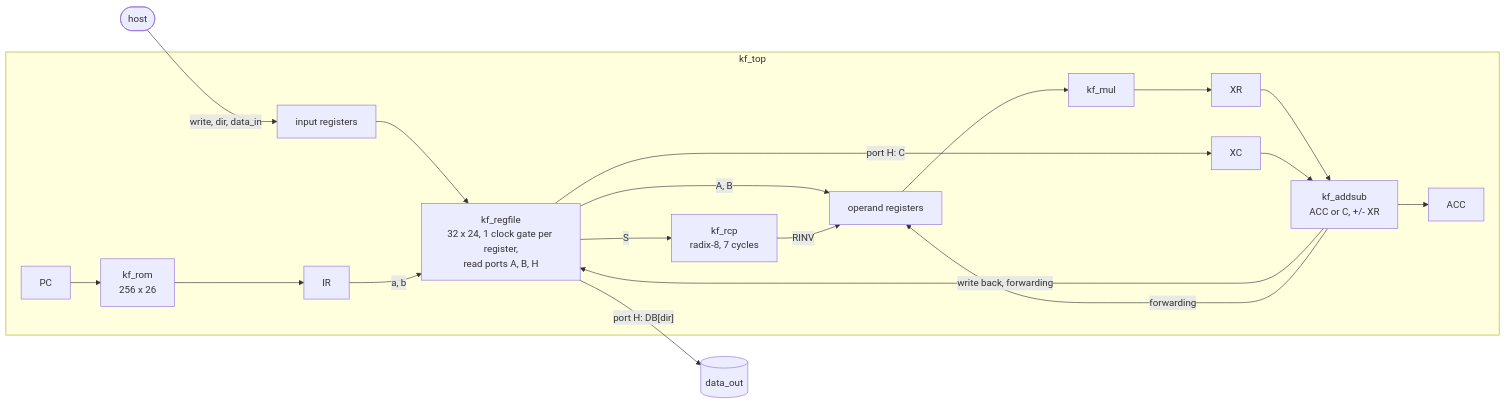
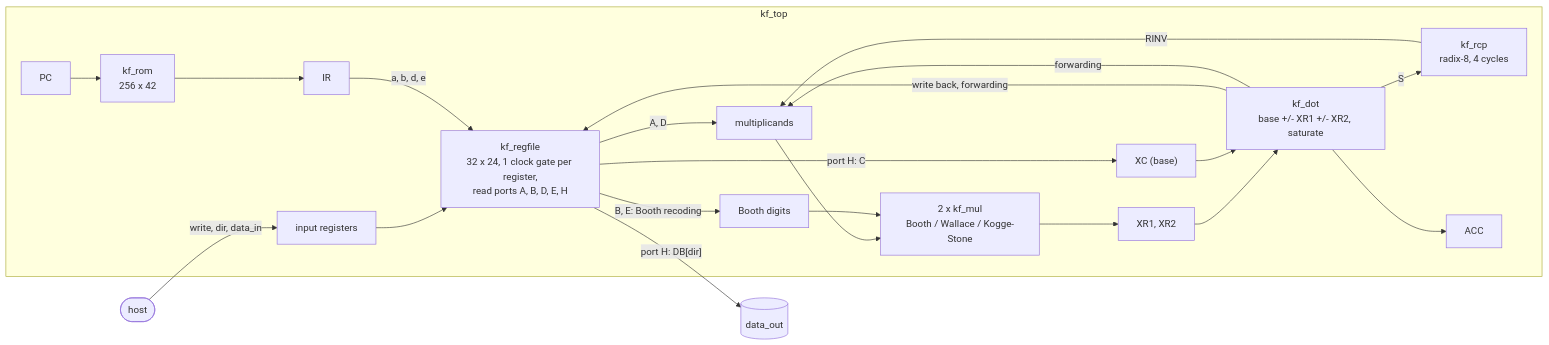
One commit to gh0stintheshe11/Kalman-Filter-ASIC changed the diagram in docs/architecture.md. Above: the diagram before and after it, drawn with Mermaid. The commit also changed other lines of this file and 7 other files, not shown here.

````diff
--- a/docs/architecture.md
+++ b/docs/architecture.md
@@ -16,18 +19,22 @@
 ```mermaid
 flowchart LR
     host([host]) -- "write, dir, data_in" --> HIF["input registers"]
     subgraph kf_top
         HIF --> RF
-        PC["PC"] --> ROM["kf_rom<br/>256 x 26"] --> IR["IR"]
-        IR -- "a, b" --> RF["kf_regfile<br/>32 x 24, 1 clock gate per register,<br/>read ports A, B, H"]
-        RF -- "A, B" --> MOP["operand registers"] --> MUL["kf_mul"] --> XR["XR"]
-        RCP["kf_rcp<br/>radix-8, 7 cycles"] -- "RINV" --> MOP
-        RF -- "port H: C" --> XC["XC"]
-        XR --> WB["kf_addsub<br/>ACC or C, +/- XR"] --> ACC["ACC"]
+        PC["PC"] --> ROM["kf_rom<br/>256 x 42"] --> IR["IR"]
+        IR -- "a, b, d, e" --> RF["kf_regfile<br/>32 x 24, 1 clock gate per register,<br/>read ports A, B, D, E, H"]
+        RF -- "A, D" --> MOPA["multiplicands"]
+        RF -- "B, E: Booth recoding" --> MOPB["Booth digits"]
+        RCP["kf_rcp<br/>radix-8, 4 cycles"] -- "RINV" --> MOPA
+        MOPA --> MUL["2 x kf_mul<br/>Booth / Wallace / Kogge-Stone"]
+        MOPB --> MUL
+        MUL --> XR["XR1, XR2"]
+        RF -- "port H: C" --> XC["XC (base)"]
+        XR --> WB["kf_dot<br/>base +/- XR1 +/- XR2, saturate"] --> ACC["ACC"]
         XC --> WB
         WB -- "write back, forwarding" --> RF
-        WB -- "forwarding" --> MOP
-        RF -- "S" --> RCP
+        WB -- "forwarding" --> MOPA
+        WB -- "S" --> RCP
     end
     RF -- "port H: DB[dir]" --> DOUT[(data_out)]
 ```
````
